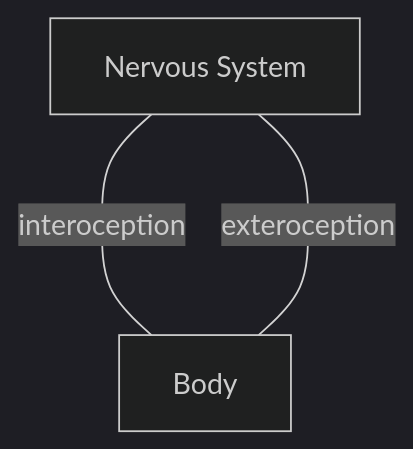
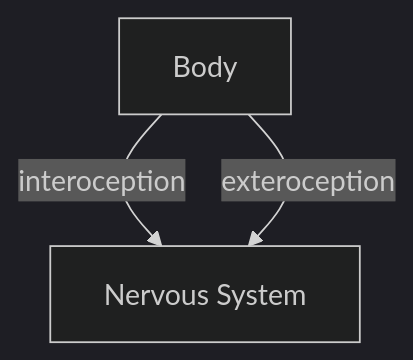
One commit to psu-psychology/psy-511-scan-fdns-2026-spring changed the third of 7 diagrams in slides/wk-03-2026-01-29-action.qmd. Above: the diagram before and after it, drawn with Mermaid (dark theme). The commit also changed other lines of this file and 33 other files, not shown here.

````diff
--- a/slides/wk-03-2026-01-29-action.qmd
+++ b/slides/wk-03-2026-01-29-action.qmd
@@ -206,7 +218,7 @@
 ```{mermaid}
 %%| label: fig-ns-inputs
-%%| fig-cap: "Two broad classes of inputs from the world and body to the nervous system."
+%%| fig-cap: "Two broad classes of inputs from the body (interoception) and the world (exteroception) to the nervous system."
 flowchart TD
-  N[Nervous System] <---|interoception| B[Body]
-  N <---|exteroception| B
+  B[Body] -->|interoception| N[Nervous System] 
+  B -->|exteroception| N
 ```
````
